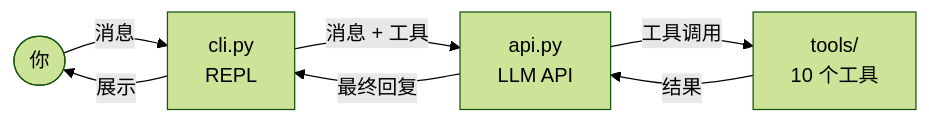
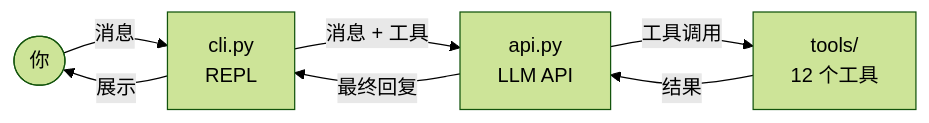
Before and after one commit to novlan1/miniclaw-sund: the diagram in README.zh-CN.md, drawn with Mermaid (forest theme). The commit also changed other lines of this file and 10 other files, not shown here.

````diff
--- a/README.zh-CN.md
+++ b/README.zh-CN.md
@@ -96,9 +97,9 @@
 ```mermaid
 flowchart LR
     User([你]) -->|消息| REPL[cli.py<br>REPL]
     REPL -->|消息 + 工具| LLM[api.py<br>LLM API]
-    LLM -->|工具调用| Tools[tools/<br>10 个工具]
+    LLM -->|工具调用| Tools[tools/<br>12 个工具]
     Tools -->|结果| LLM
     LLM -->|最终回复| REPL
     REPL -->|展示| User
 ```
````
